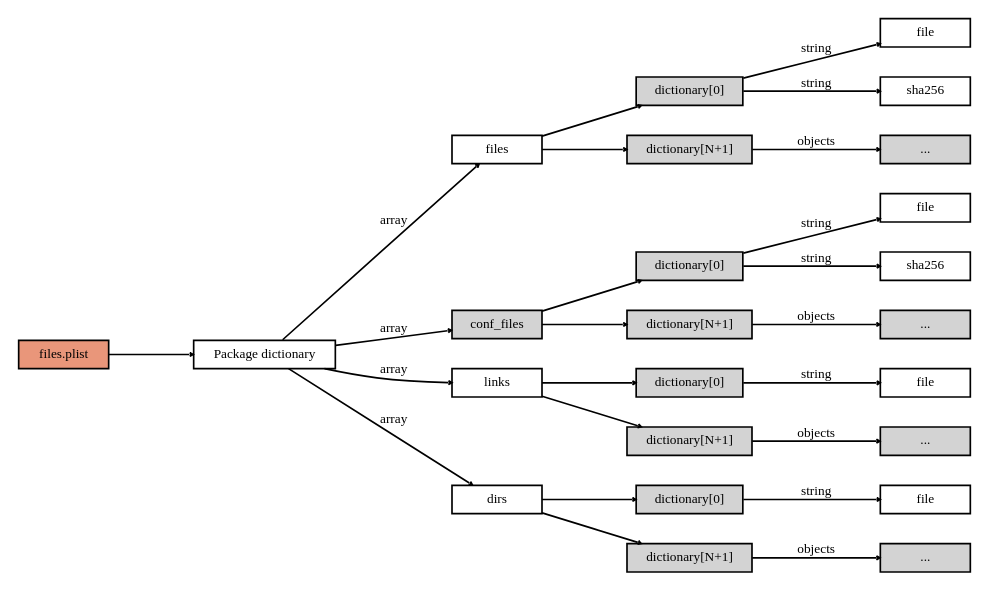
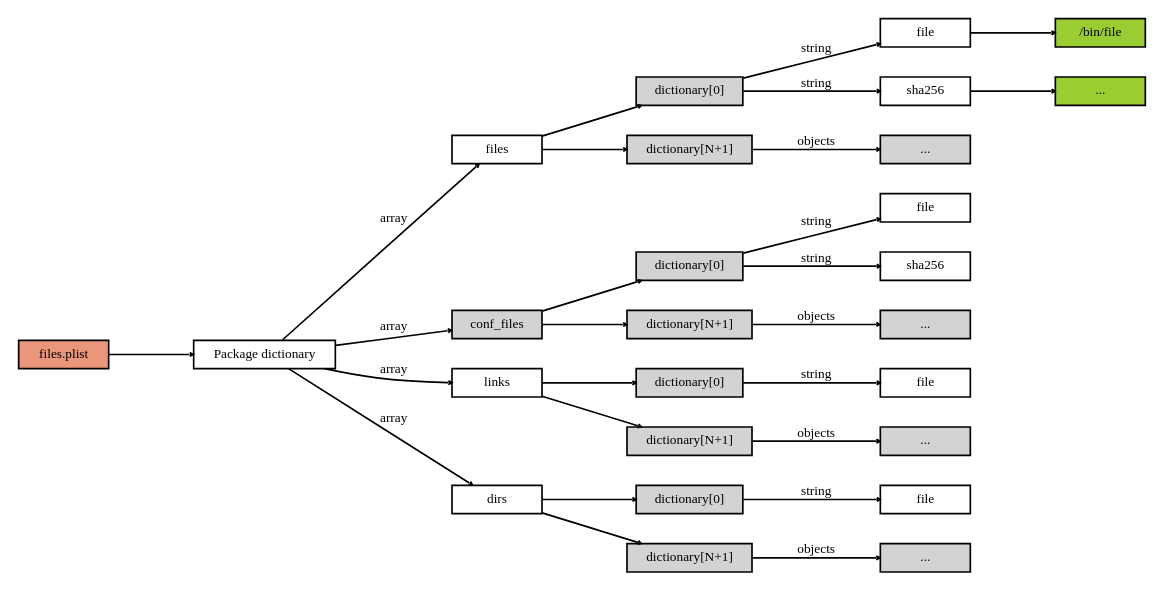
The diagram in doc/xbps_pkg_files_dictionary.dot (void-linux/xbps), drawn with Graphviz before and after one commit. The commit also changed 1 other file, not shown here.

```diff
--- a/doc/xbps_pkg_files_dictionary.dot
+++ b/doc/xbps_pkg_files_dictionary.dot
@@ -1,49 +1,53 @@
 digraph pkg_files_dictionary {
 	graph [rankdir=LR,ranksep="0.7"];
 	edge [arrowhead="vee",arrowsize="0.2",fontname="DejaVuSansCondensed",fontsize="8"];
 	node [height=".1",shape=box,fontname="DejaVuSansCondensed",fontsize="8"];
 	files_plist -> main;
 	files_plist [style=filled,fillcolor=darksalmon,label="files.plist"];
 	main [label="Package dictionary"];
 	main -> files [label=array];
 	files -> files_dict;
 	files -> files_dict1;
 	files_dict [style=filled,label="dictionary[0]"];
 	files_dict1 [style=filled,label="dictionary[N+1]"];
 	files_dict -> file [label=string];
 	files_dict -> file_sha256 [label=string];
+	file -> file_value;
+	file_value [style=filled,fillcolor="yellowgreen",label="/bin/file"];
 	file_sha256 [label=sha256];
+	file_sha256 -> sha256_value;
+	sha256_value [style=filled,fillcolor="yellowgreen",label="..."];
 	files_dict1 -> files_dict1_objs [style=filled,label="objects"];
 	files_dict1_objs [style=filled,label="..."];
 	main -> conf_files [label=array];
 	conf_files [style=filled];
 	conf_files -> conf_files_dict;
 	conf_files -> conf_files_dict1;
 	conf_files_dict [style=filled,label="dictionary[0]"];
 	conf_files_dict1 [style=filled,label="dictionary[N+1]"];
 	conf_files_dict -> cf_file [label=string];
 	conf_files_dict -> cf_sha256 [label=string];
 	conf_files_dict1 -> conf_files_dict1_objs [style=filled,label="objects"];
 	conf_files_dict1_objs [style=filled,label="..."];
 	cf_file [label=file];
 	cf_sha256 [label=sha256];
 	conf_files_dict [style=filled];
 	main -> links [label=array];
 	links -> links_dict;
 	links -> links_dict1;
 	links_dict [style=filled,label="dictionary[0]"];
 	links_dict1 [style=filled,label="dictionary[N+1]"];
 	links_dict -> link_file [label=string];
 	link_file [label=file];
 	links_dict1 -> links_dict1_objs [style=filled,label="objects"];
 	links_dict1_objs [style=filled,label="..."];
 	main -> dirs [label=array];
 	dirs -> dirs_dict;
 	dirs -> dirs_dict1;
 	dirs_dict [style=filled,label="dictionary[0]"];
 	dirs_dict1 [style=filled,label="dictionary[N+1]"];
 	dirs_dict -> dirs_file [label=string];
 	dirs_file [label=file];
 	dirs_dict1 -> dirs_dict1_objs [style=filled,label="objects"];
 	dirs_dict1_objs [style=filled,label="..."];
 }
```
